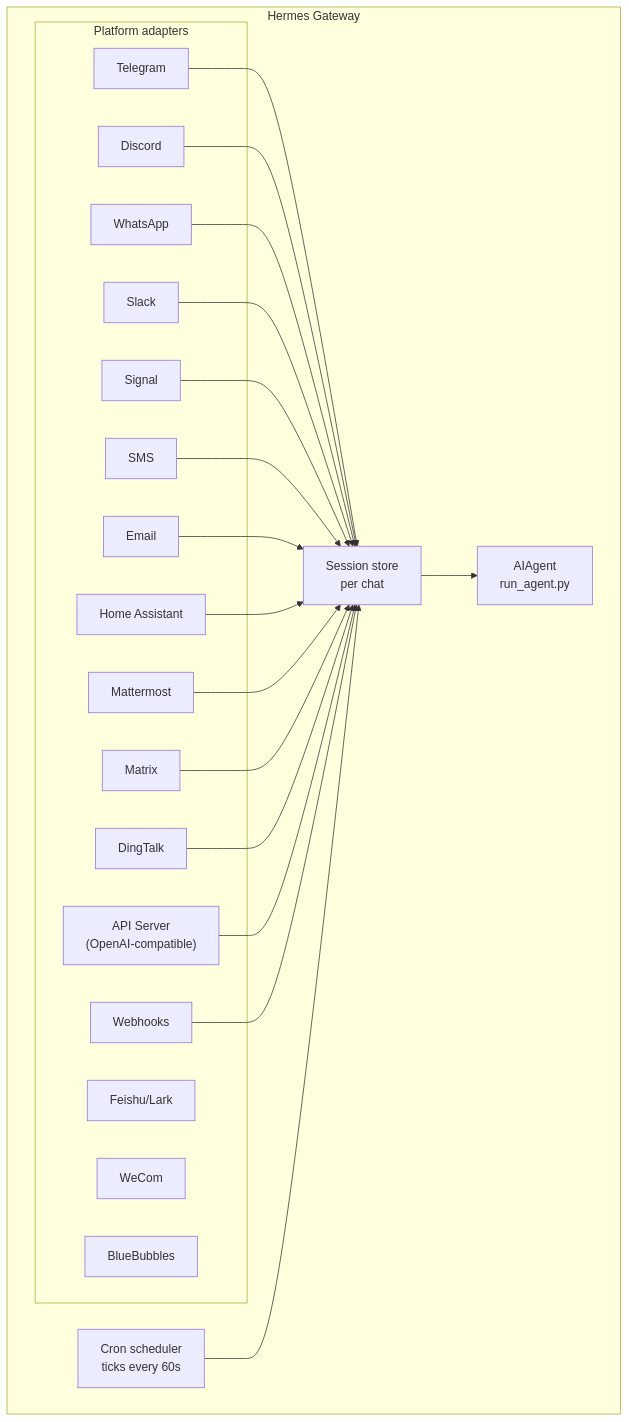
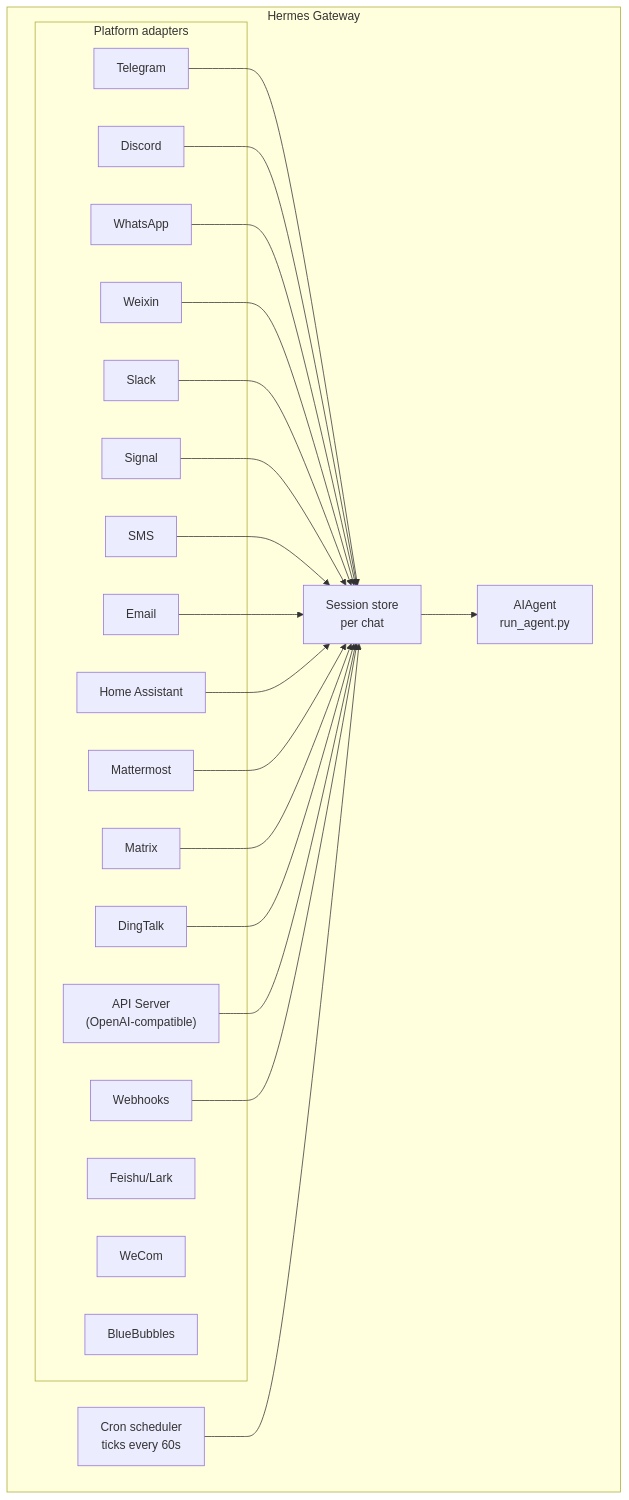
Before and after one commit to NousResearch/hermes-agent: the diagram in website/docs/user-guide/messaging/index.md, drawn with Mermaid. The commit also changed other lines of this file and 35 other files, not shown here.

````diff
--- a/website/docs/user-guide/messaging/index.md
+++ b/website/docs/user-guide/messaging/index.md
@@ -36,43 +37,45 @@
 ```mermaid
 flowchart TB
     subgraph Gateway["Hermes Gateway"]
         subgraph Adapters["Platform adapters"]
             tg[Telegram]
             dc[Discord]
             wa[WhatsApp]
+            wx[Weixin]
             sl[Slack]
             sig[Signal]
             sms[SMS]
             em[Email]
             ha[Home Assistant]
             mm[Mattermost]
             mx[Matrix]
             dt[DingTalk]
     fs[Feishu/Lark]
     wc[WeCom]
     bb[BlueBubbles]
             api["API Server<br/>(OpenAI-compatible)"]
             wh[Webhooks]
         end
 
         store["Session store<br/>per chat"]
         agent["AIAgent<br/>run_agent.py"]
         cron["Cron scheduler<br/>ticks every 60s"]
     end
 
     tg --> store
     dc --> store
     wa --> store
+    wx --> store
     sl --> store
     sig --> store
     sms --> store
     em --> store
     ha --> store
     mm --> store
     mx --> store
     dt --> store
     api --> store
     wh --> store
     store --> agent
     cron --> store
 ```
````
